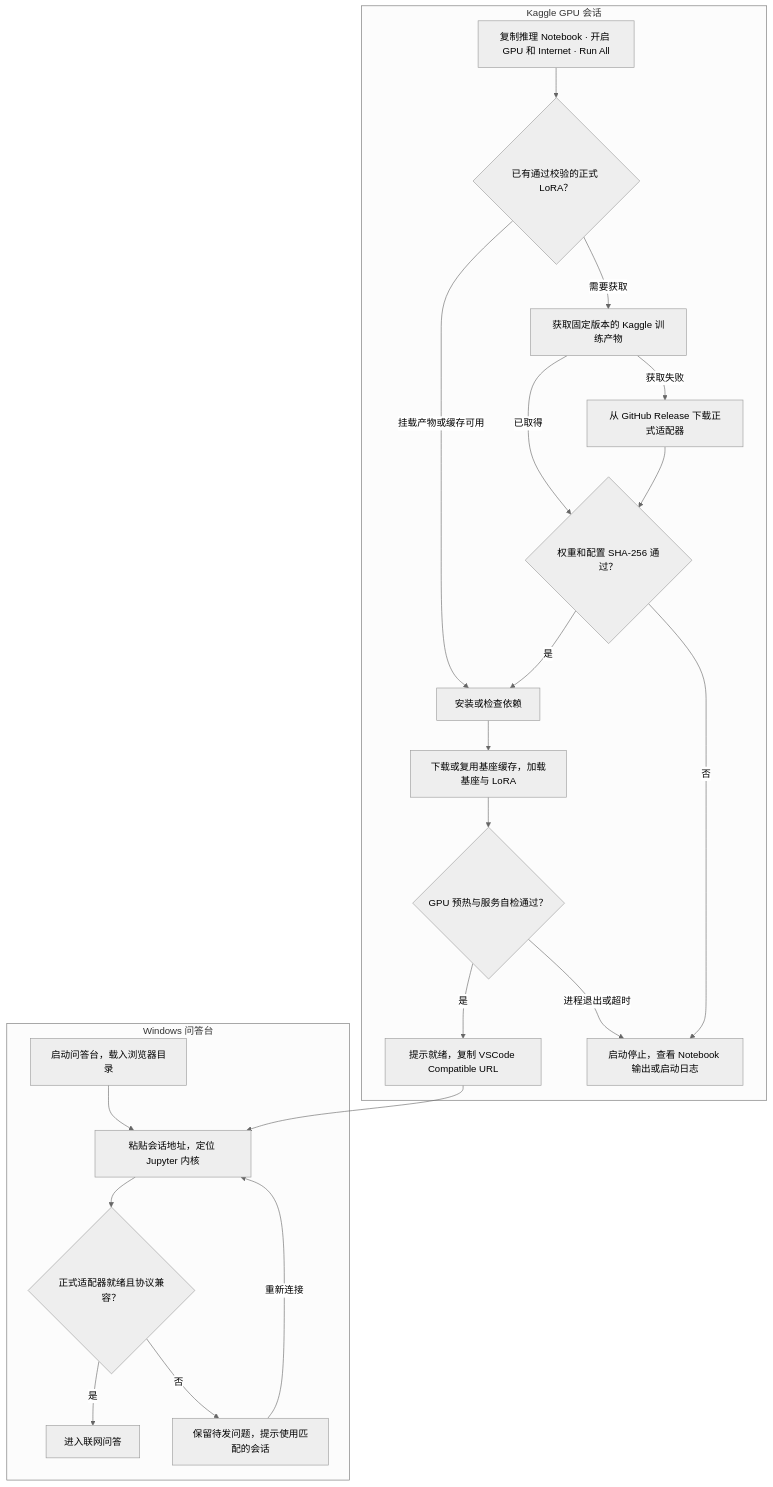
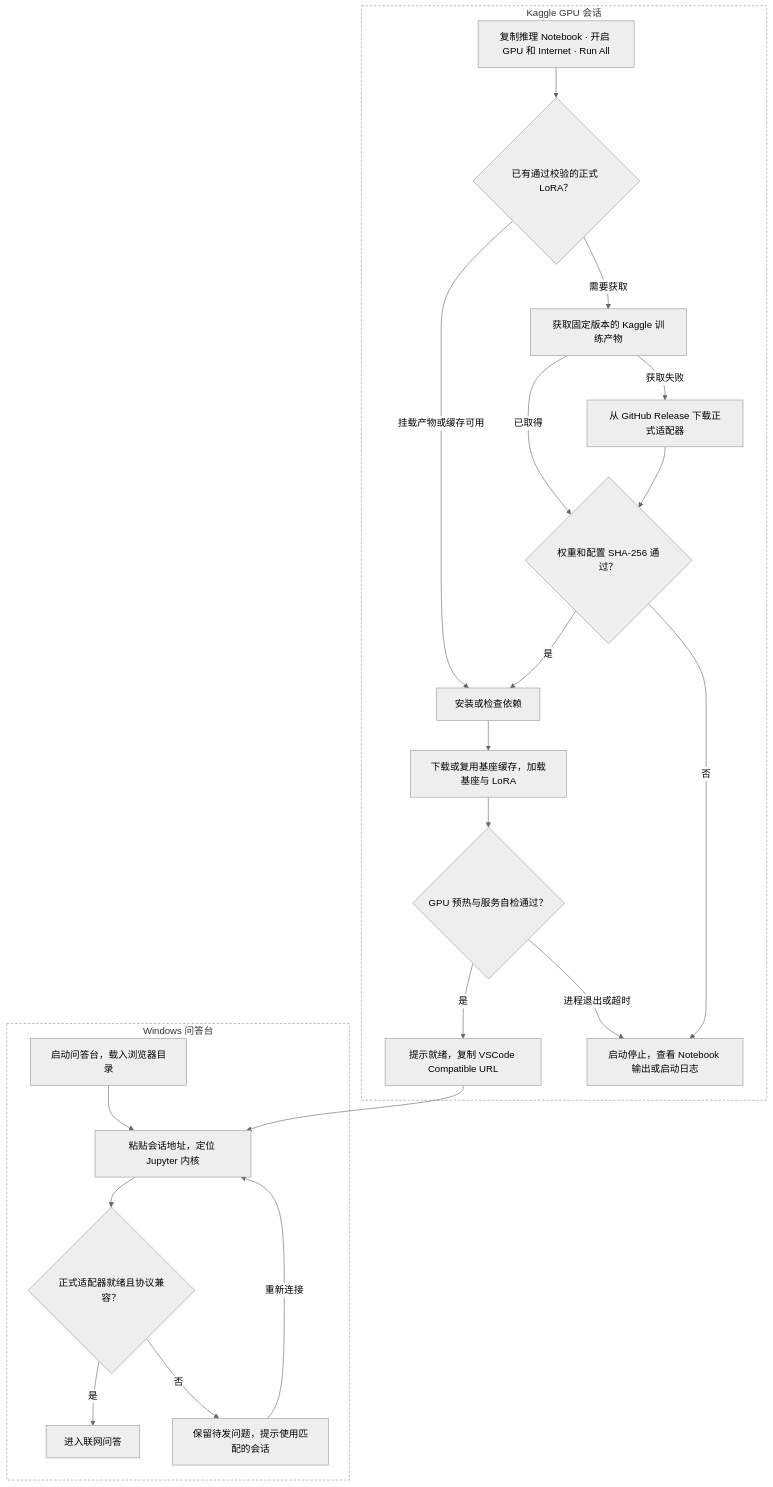
One commit to AaronYue77/webshop-ling-rag changed the first of 4 diagrams in docs/ARCHITECTURE.md. Above: the diagram before and after it, drawn with Mermaid (neutral theme).

Commit message:
Use transparent groups in the startup flowchart

````diff
--- a/docs/ARCHITECTURE.md
+++ b/docs/ARCHITECTURE.md
@@ -9,27 +9,30 @@
 ```mermaid
 flowchart TD
   subgraph KAGGLE["Kaggle GPU 会话"]
     START["复制推理 Notebook · 开启 GPU 和 Internet · Run All"] --> SOURCE{"已有通过校验的正式 LoRA？"}
     SOURCE -->|挂载产物或缓存可用| LOAD["安装或检查依赖"]
     SOURCE -->|需要获取| FETCH["获取固定版本的 Kaggle 训练产物"]
     FETCH -->|已取得| HASH{"权重和配置 SHA-256 通过？"}
     FETCH -->|获取失败| RELEASE["从 GitHub Release 下载正式适配器"]
     RELEASE --> HASH
     HASH -->|是| LOAD
     HASH -->|否| STOP["启动停止，查看 Notebook 输出或启动日志"]
     LOAD --> GPU["下载或复用基座缓存，加载基座与 LoRA"]
     GPU --> HEALTH{"GPU 预热与服务自检通过？"}
     HEALTH -->|是| URL["提示就绪，复制 VSCode Compatible URL"]
     HEALTH -->|进程退出或超时| STOP
   end
 
   subgraph WINDOWS["Windows 问答台"]
     OPEN["启动问答台，载入浏览器目录"] --> CONNECT["粘贴会话地址，定位 Jupyter 内核"]
     CONNECT --> PROBE{"正式适配器就绪且协议兼容？"}
     PROBE -->|是| READY["进入联网问答"]
     PROBE -->|否| FIX["保留待发问题，提示使用匹配的会话"]
     FIX -->|重新连接| CONNECT
   end
 
   URL --> CONNECT
+
+  style KAGGLE fill:none,stroke:#8b949e,stroke-dasharray:4 3
+  style WINDOWS fill:none,stroke:#8b949e,stroke-dasharray:4 3
 ```
````
